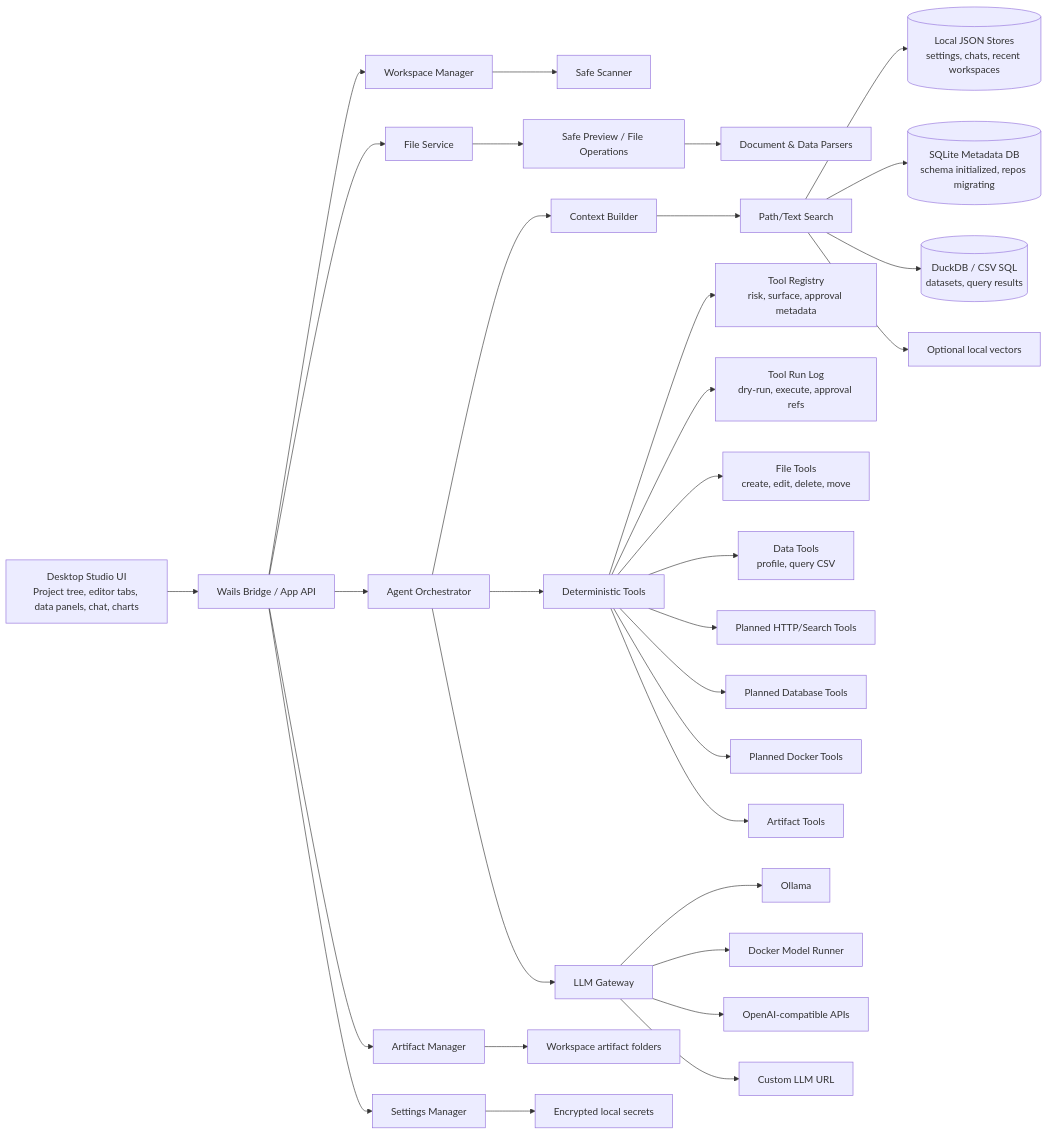
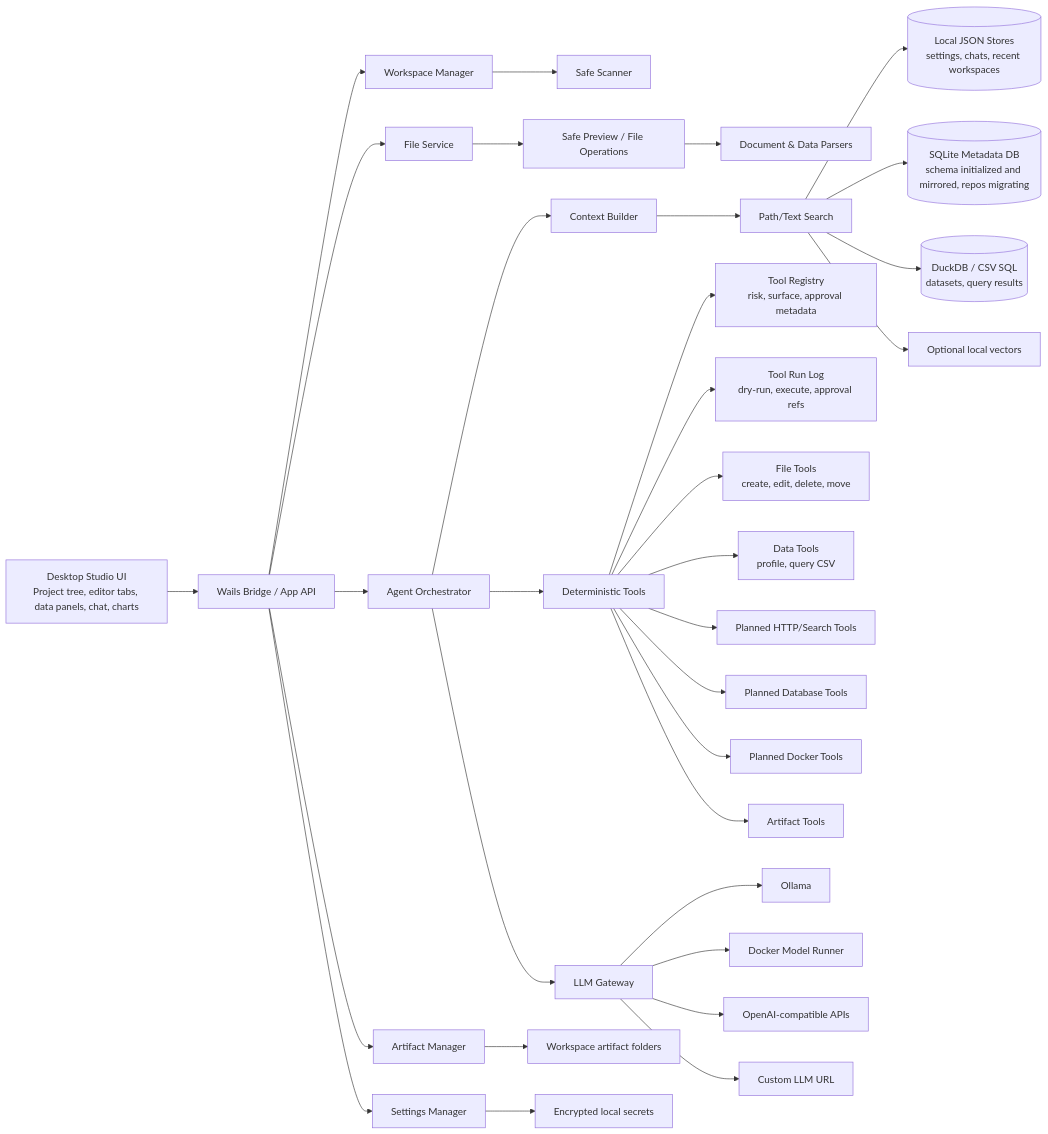
The diagram in docs/02_ARCHITECTURE.md (RCooLeR/NexusDesk), drawn with Mermaid before and after one commit. The commit also changed other lines of this file and 26 other files, not shown here.

````diff
--- a/docs/02_ARCHITECTURE.md
+++ b/docs/02_ARCHITECTURE.md
@@ -46,41 +48,41 @@
 ```mermaid
 flowchart LR
   UI["Desktop Studio UI<br/>Project tree, editor tabs, data panels, chat, charts"] --> Bridge["Wails Bridge / App API"]
 
   Bridge --> Workspace["Workspace Manager"]
   Bridge --> Files["File Service"]
   Bridge --> Agent["Agent Orchestrator"]
   Bridge --> Artifacts["Artifact Manager"]
   Bridge --> Settings["Settings Manager"]
 
   Workspace --> Scanner["Safe Scanner"]
   Files --> Previewer["Safe Preview / File Operations"]
   Previewer --> Parsers["Document & Data Parsers"]
 
   Agent --> Context["Context Builder"]
   Agent --> Tools["Deterministic Tools"]
   Agent --> LLM["LLM Gateway"]
 
   Context --> Search["Path/Text Search"]
   Search --> JsonStores[("Local JSON Stores<br/>settings, chats, recent workspaces")]
-  Search --> AppDB[("SQLite Metadata DB<br/>schema initialized, repos migrating")]
+  Search --> AppDB[("SQLite Metadata DB<br/>schema initialized and mirrored, repos migrating")]
   Search --> AnalyticsDB[("DuckDB / CSV SQL<br/>datasets, query results")]
   Search --> FutureVectorStore["Optional local vectors"]
 
   Tools --> Registry["Tool Registry<br/>risk, surface, approval metadata"]
   Tools --> ToolRuns["Tool Run Log<br/>dry-run, execute, approval refs"]
   Tools --> FileTools["File Tools<br/>create, edit, delete, move"]
   Tools --> DataTools["Data Tools<br/>profile, query CSV"]
   Tools --> FutureWebTools["Planned HTTP/Search Tools"]
   Tools --> FutureDBTools["Planned Database Tools"]
   Tools --> FutureDockerTools["Planned Docker Tools"]
   Tools --> ArtifactTools["Artifact Tools"]
 
   LLM --> Ollama["Ollama"]
   LLM --> DockerModelRunner["Docker Model Runner"]
   LLM --> OpenAICompat["OpenAI-compatible APIs"]
   LLM --> CustomGateway["Custom LLM URL"]
 
   Artifacts --> WorkspaceFiles["Workspace artifact folders"]
   Settings --> Secrets["Encrypted local secrets"]
 ```
````
